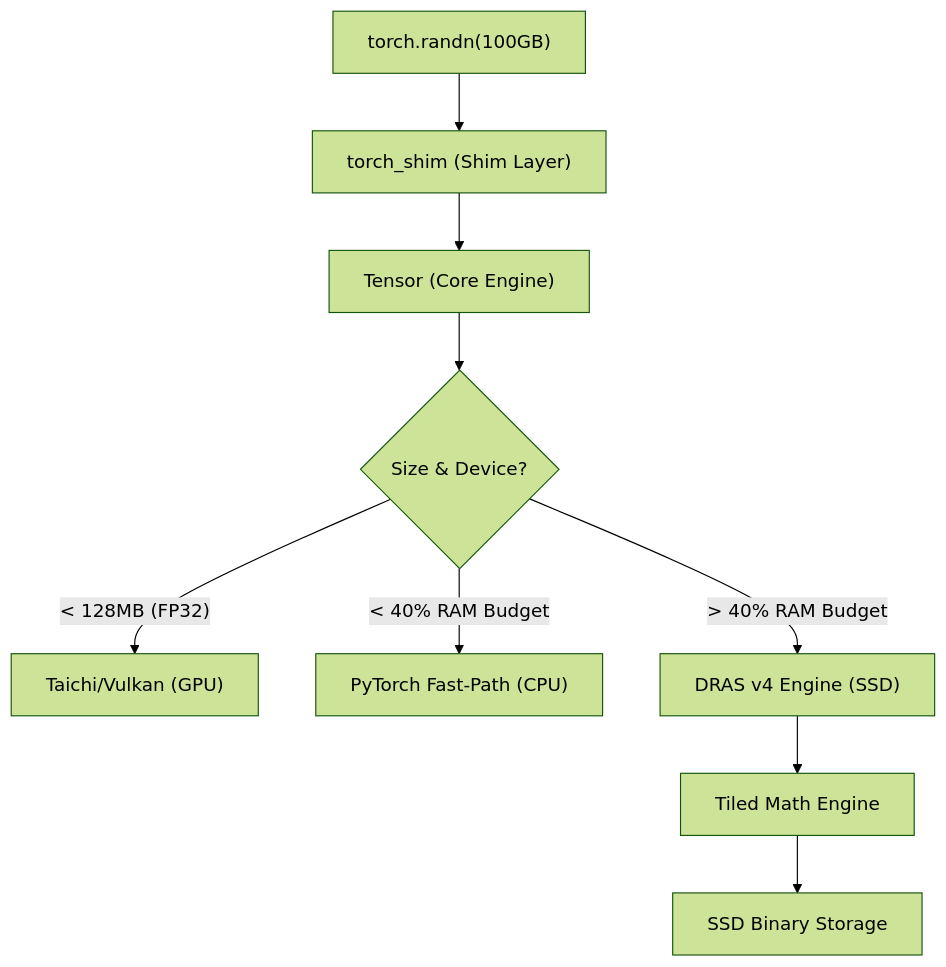
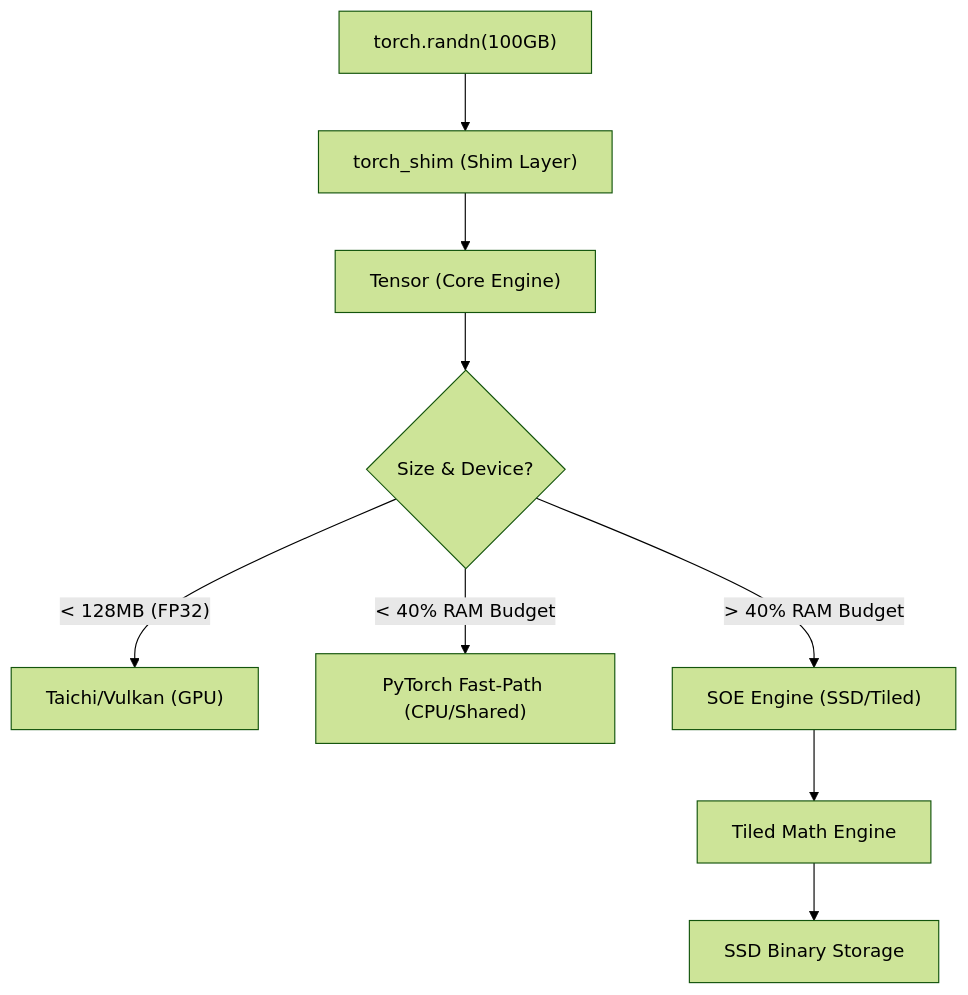
One commit to slavek-is-hyperreal/OxTorch changed the diagram in docs/architecture.md. Above: the diagram before and after it, drawn with Mermaid (forest theme). The commit also changed other lines of this file and 15 other files, not shown here.

````diff
--- a/docs/architecture.md
+++ b/docs/architecture.md
@@ -5,13 +5,13 @@
 ```mermaid
 graph TD
     User["torch.randn(100GB)"] --> Shim["torch_shim (Shim Layer)"]
     Shim --> Tensor["Tensor (Core Engine)"]
     Tensor --> Decision{"Size & Device?"}
     
     Decision -- "< 128MB (FP32)" --> Vulkan["Taichi/Vulkan (GPU)"]
-    Decision -- "< 40% RAM Budget" --> Hybrid["PyTorch Fast-Path (CPU)"]
-    Decision -- "> 40% RAM Budget" --> ARAS["DRAS v4 Engine (SSD)"]
+    Decision -- "< 40% RAM Budget" --> Hybrid["PyTorch Fast-Path (CPU/Shared)"]
+    Decision -- "> 40% RAM Budget" --> ARAS["SOE Engine (SSD/Tiled)"]
     
     ARAS --> Tiled["Tiled Math Engine"]
     Tiled --> SSD["SSD Binary Storage"]
 ```
````
